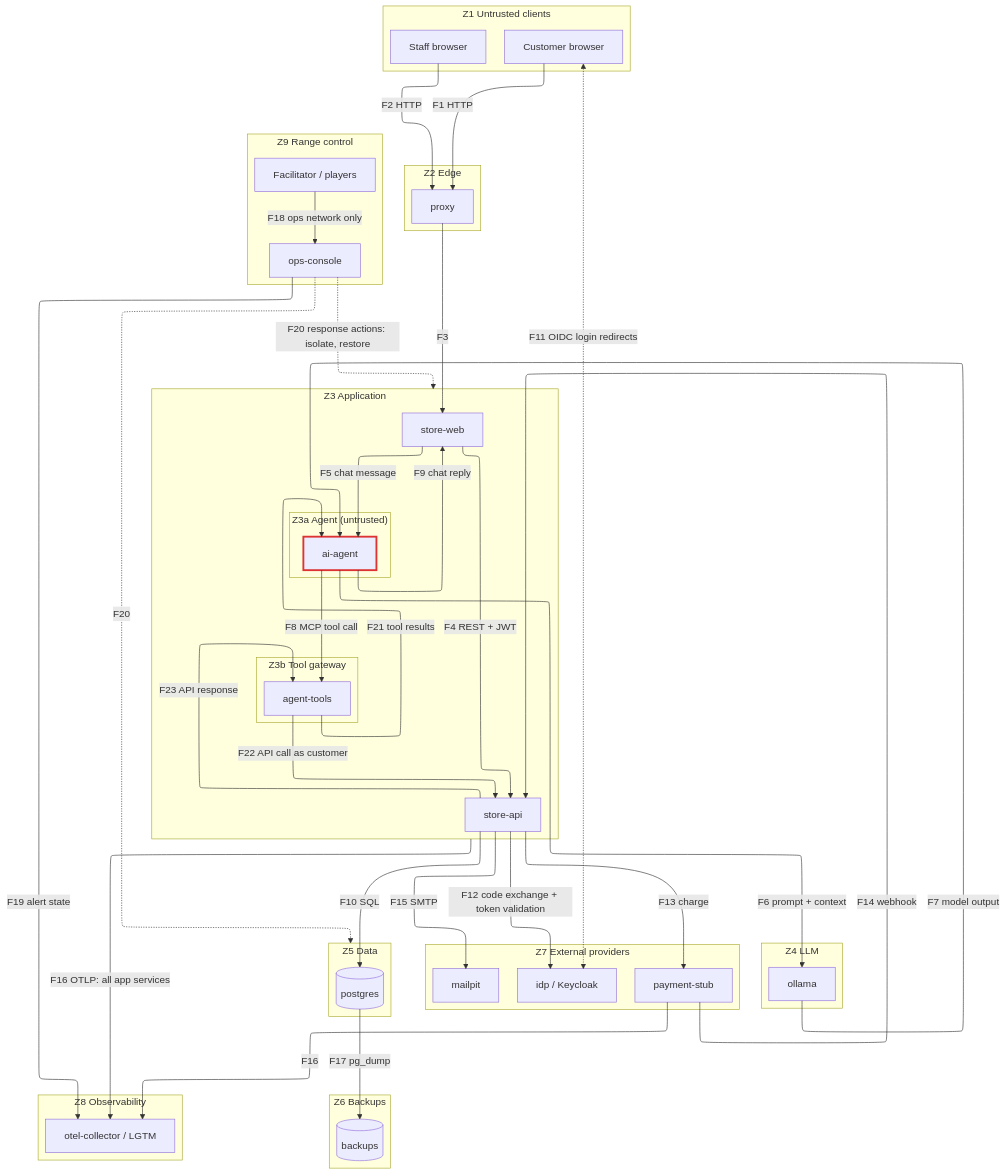
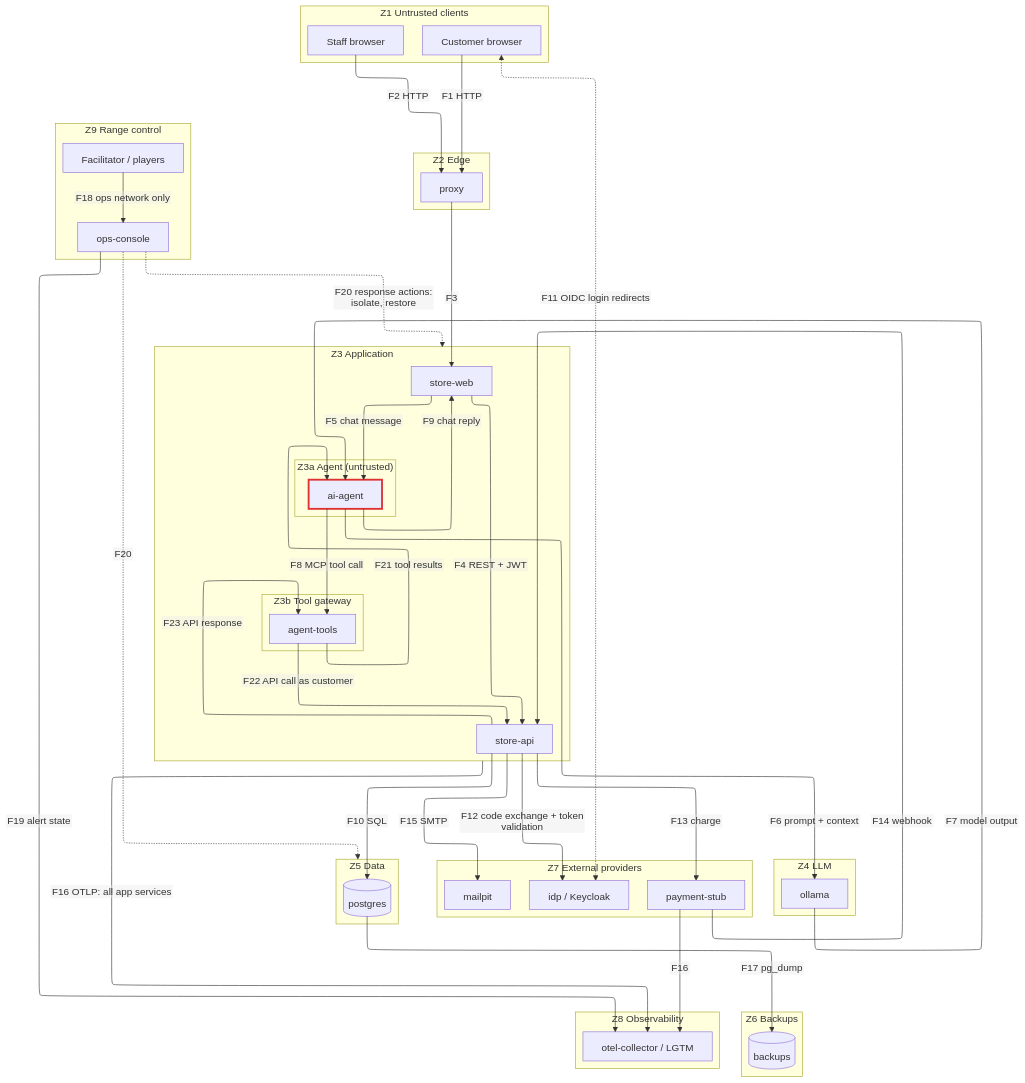
Before and after one commit to Qisuk/cyber_ducks: the diagram in docs/diagrams/data-flow.mmd, drawn with Mermaid. The commit also changed 2 other files, not shown here.

Commit message:
Fix diagram rendering in non-browser viewers
- Render labels as plain SVG text (htmlLabels: false) instead of HTML
  in foreignObject, so the diagram shows in VS Code, PDF exporters, etc.
- Render script prefers Chrome and uses current headless mode (Edge
  fails to launch headless when already running)

```diff
--- a/docs/diagrams/data-flow.mmd
+++ b/docs/diagrams/data-flow.mmd
@@ -1,74 +1,77 @@
 ---
 config:
   layout: elk
+  htmlLabels: false
+  flowchart:
+    htmlLabels: false
 ---
 %% Data-flow diagram with trust zones. Source of docs/diagrams/data-flow.svg.
 %% Regenerate with: npm run diagrams
 flowchart TB
     subgraph Z1["Z1 Untrusted clients"]
         U[Customer browser]
         S[Staff browser]
     end
     subgraph Z2["Z2 Edge"]
         P[proxy]
     end
     subgraph Z3["Z3 Application"]
         W[store-web]
         A[store-api]
         subgraph Z3a["Z3a Agent (untrusted)"]
             G[ai-agent]
         end
         subgraph Z3b["Z3b Tool gateway"]
             K[agent-tools]
         end
     end
     subgraph Z4["Z4 LLM"]
         O[ollama]
     end
     subgraph Z7["Z7 External providers"]
         I[idp / Keycloak]
         PS[payment-stub]
         M[mailpit]
     end
     subgraph Z5["Z5 Data"]
         D[(postgres)]
     end
     subgraph Z6["Z6 Backups"]
         B[(backups)]
     end
     subgraph Z8["Z8 Observability"]
         T[otel-collector / LGTM]
     end
     subgraph Z9["Z9 Range control"]
         F[Facilitator / players]
         C[ops-console]
     end
 
     classDef untrusted stroke:#d33,stroke-width:3px
     class G untrusted
 
     U -->|F1 HTTP| P
     S -->|F2 HTTP| P
     P -->|F3| W
     W -->|F4 REST + JWT| A
     W -->|F5 chat message| G
     G -->|F6 prompt + context| O
     O -->|F7 model output| G
     G -->|F8 MCP tool call| K
     K -->|F21 tool results| G
     K -->|F22 API call as customer| A
     A -->|F23 API response| K
     G -->|F9 chat reply| W
     A -->|F10 SQL| D
     U <-.->|F11 OIDC login redirects| I
     A -->|F12 code exchange + token validation| I
     A -->|F13 charge| PS
     PS -->|F14 webhook| A
     A -->|F15 SMTP| M
     Z3 -->|F16 OTLP: all app services| T
     PS -->|F16| T
     D -->|F17 pg_dump| B
     F -->|F18 ops network only| C
     C -->|F19 alert state| T
     C -.->|F20 response actions: isolate, restore| Z3
     C -.->|F20| Z5
```
